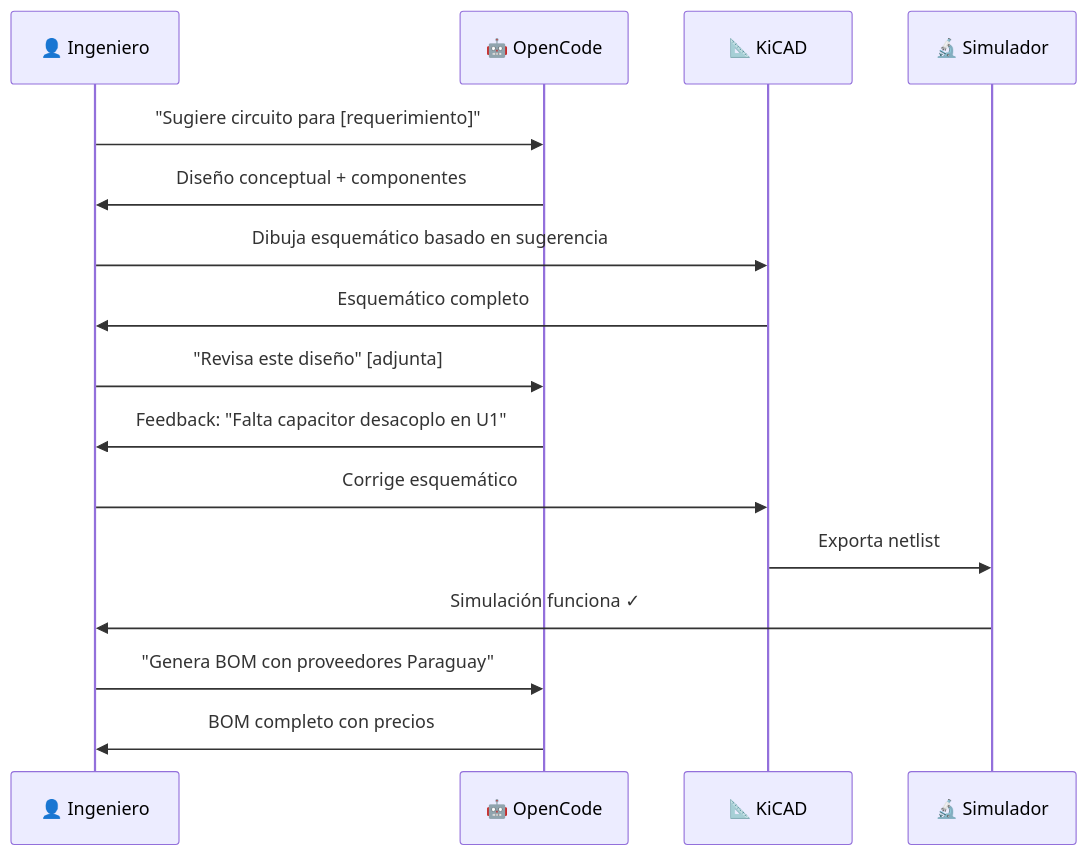
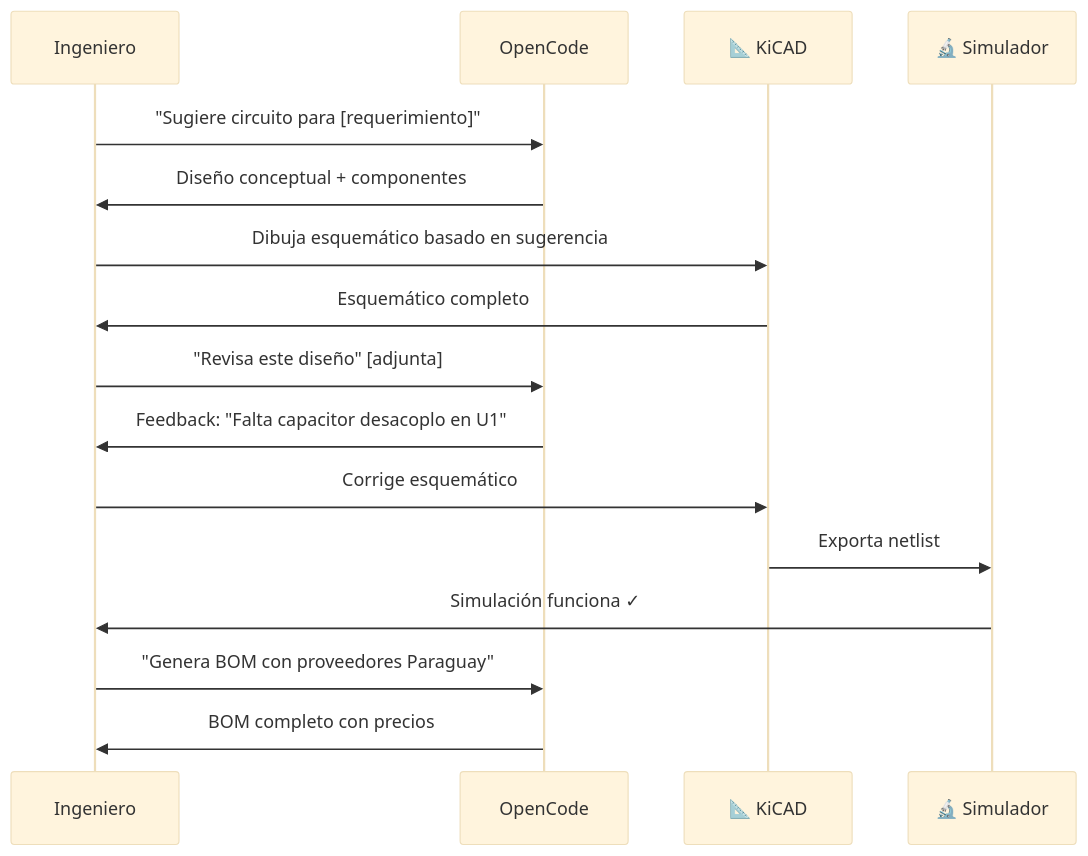
One commit to Ai-Whisperers/Courses-Content changed the tenth of 11 diagrams in courses/🟡-development/FPUNA-2026/02-ELECTRONICA-AUTOMATIZACION/01-diseno-circuitos-ia.md. Above: the diagram before and after it, drawn with Mermaid. The commit also changed other lines of this file and 47 other files, not shown here.

First line of the commit message:
fix: Make all 473 diagrams WCAG AAA accessible (FPUNA-2026)

````diff
--- a/courses/🟡-development/FPUNA-2026/02-ELECTRONICA-AUTOMATIZACION/01-diseno-circuitos-ia.md
+++ b/courses/🟡-development/FPUNA-2026/02-ELECTRONICA-AUTOMATIZACION/01-diseno-circuitos-ia.md
@@ -707,19 +716,20 @@
 ```mermaid
+%%{init: {'theme':'base', 'themeVariables': {'fontSize':'18px'}}}%%
 sequenceDiagram
-    participant E as 👤 Ingeniero
-    participant O as 🤖 OpenCode
+    participant E as Ingeniero
+    participant O as OpenCode
     participant K as 📐 KiCAD
     participant S as 🔬 Simulador
     
     E->>O: "Sugiere circuito para [requerimiento]"
     O->>E: Diseño conceptual + componentes
     E->>K: Dibuja esquemático basado en sugerencia
     K->>E: Esquemático completo
     E->>O: "Revisa este diseño" [adjunta]
     O->>E: Feedback: "Falta capacitor desacoplo en U1"
     E->>K: Corrige esquemático
     K->>S: Exporta netlist
     S->>E: Simulación funciona ✓
     E->>O: "Genera BOM con proveedores Paraguay"
     O->>E: BOM completo con precios
 ```
````
